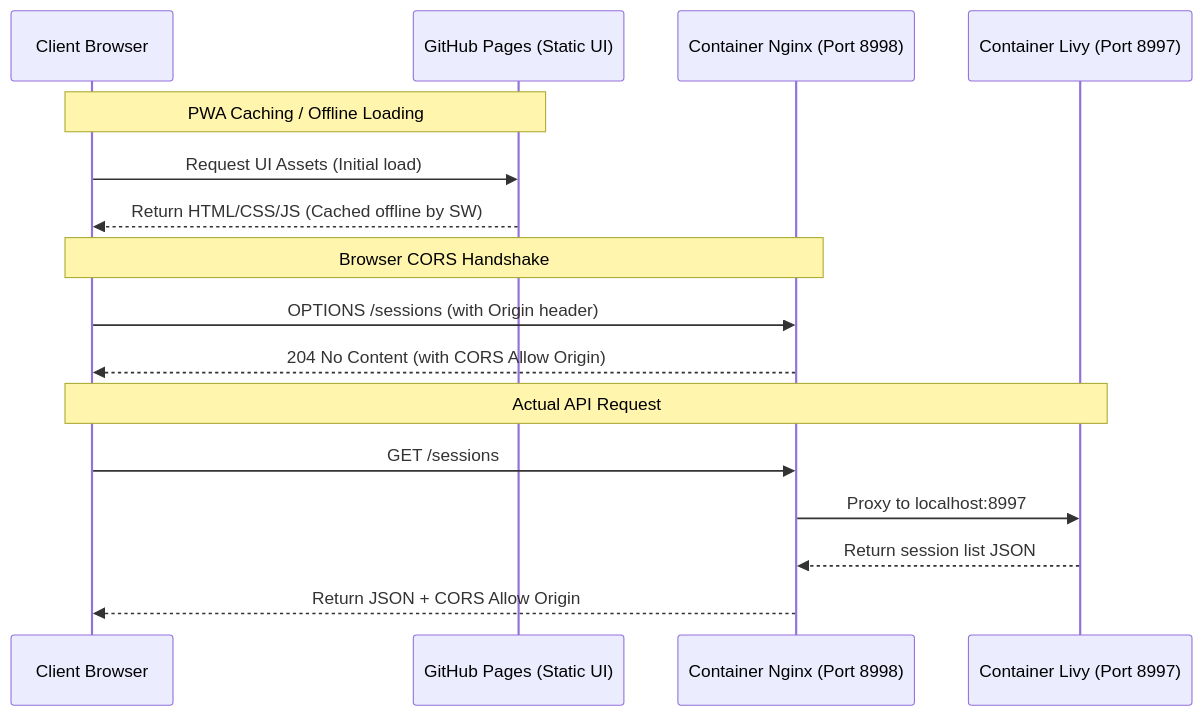
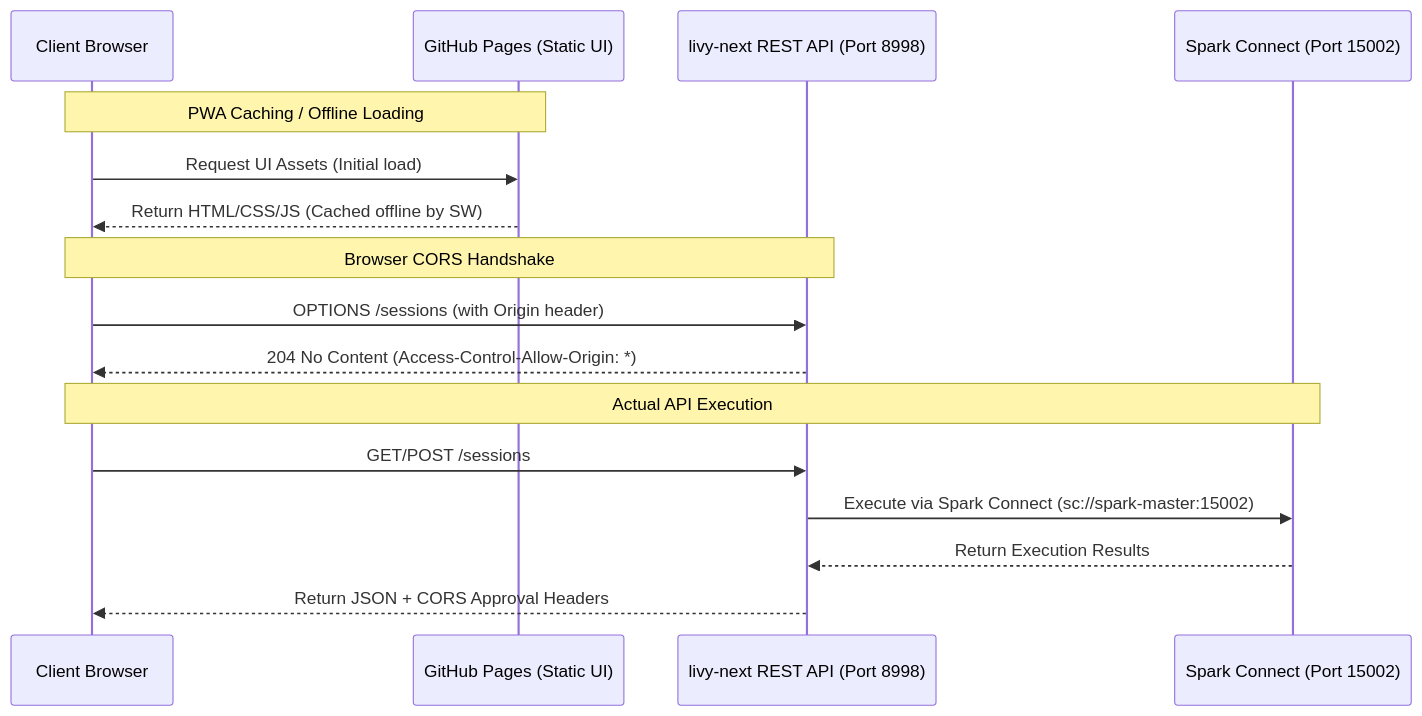
Before and after one commit to ErVijayRaghuwanshi/livy-ui: the diagram in README.md, drawn with Mermaid. The commit also changed other lines of this file and 2 other files, not shown here.

Commit message:
docs: update README, PRIVACY, and CHANGELOG for livy-next native CORS and unified Spark image

````diff
--- a/README.md
+++ b/README.md
@@ -314,21 +314,21 @@
 ```mermaid
 sequenceDiagram
     participant Browser as Client Browser
     participant GH as GitHub Pages (Static UI)
-    participant Nginx as Container Nginx (Port 8998)
-    participant Livy as Container Livy (Port 8997)
+    participant LivyNext as livy-next REST API (Port 8998)
+    participant Spark as Spark Connect (Port 15002)
 
     Note over Browser,GH: PWA Caching / Offline Loading
     Browser->>GH: Request UI Assets (Initial load)
     GH-->>Browser: Return HTML/CSS/JS (Cached offline by SW)
 
-    Note over Browser,Nginx: Browser CORS Handshake
-    Browser->>Nginx: OPTIONS /sessions (with Origin header)
-    Nginx-->>Browser: 204 No Content (with CORS Allow Origin)
+    Note over Browser,LivyNext: Browser CORS Handshake
+    Browser->>LivyNext: OPTIONS /sessions (with Origin header)
+    LivyNext-->>Browser: 204 No Content (Access-Control-Allow-Origin: *)
 
-    Note over Browser,Livy: Actual API Request
-    Browser->>Nginx: GET /sessions
-    Nginx->>Livy: Proxy to localhost:8997
-    Livy-->>Nginx: Return session list JSON
-    Nginx-->>Browser: Return JSON + CORS Allow Origin
+    Note over Browser,Spark: Actual API Execution
+    Browser->>LivyNext: GET/POST /sessions
+    LivyNext->>Spark: Execute via Spark Connect (sc://spark-master:15002)
+    Spark-->>LivyNext: Return Execution Results
+    LivyNext-->>Browser: Return JSON + CORS Approval Headers
 ```
````
